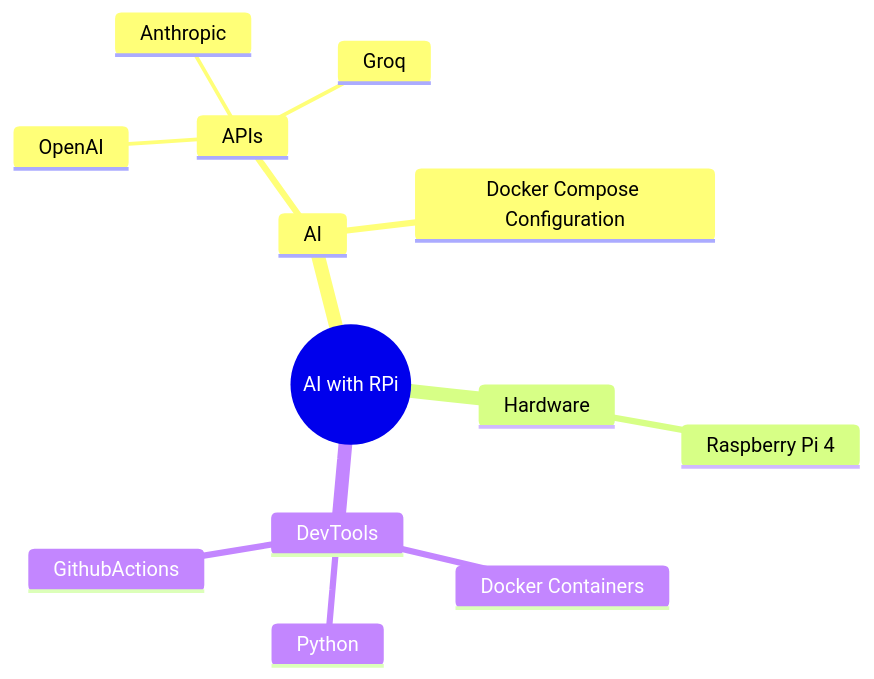
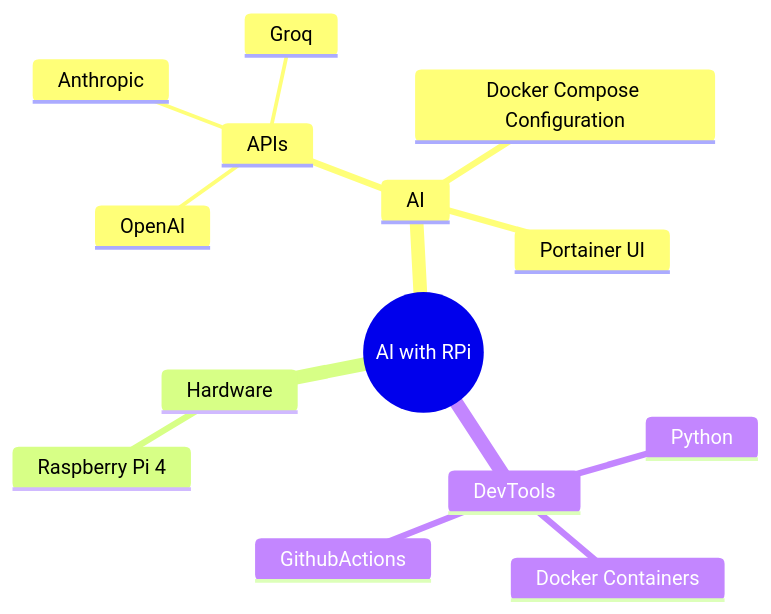
Before and after one commit to JAlcocerT/RPi: the diagram in _posts/2024-11-30-raspberry-ai-projects.md, drawn with Mermaid. The commit also changed other lines of this file and 2 other files, not shown here.

````diff
--- a/_posts/2024-11-30-raspberry-ai-projects.md
+++ b/_posts/2024-11-30-raspberry-ai-projects.md
@@ -32,21 +32,22 @@
 ```mermaid
 mindmap
   root((AI with RPi))
     AI
+    ::icon(fas fa-robot)
       APIs
-      ::icon(fas fa-robot)
         OpenAI
         Anthropic
         Groq
       Docker Compose Configuration
+      Portainer UI
     Hardware
       Raspberry Pi 4
         ::icon(fab fa-raspberry-pi)
     DevTools
       Python
       ::icon(fab fa-python)
       Docker Containers
       ::icon(fab fa-docker)
       GithubActions
       ::icon(fas fa-code-branch)
 ```
````
